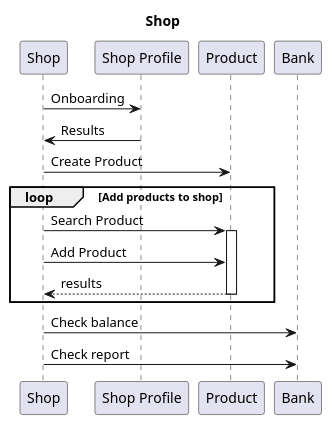
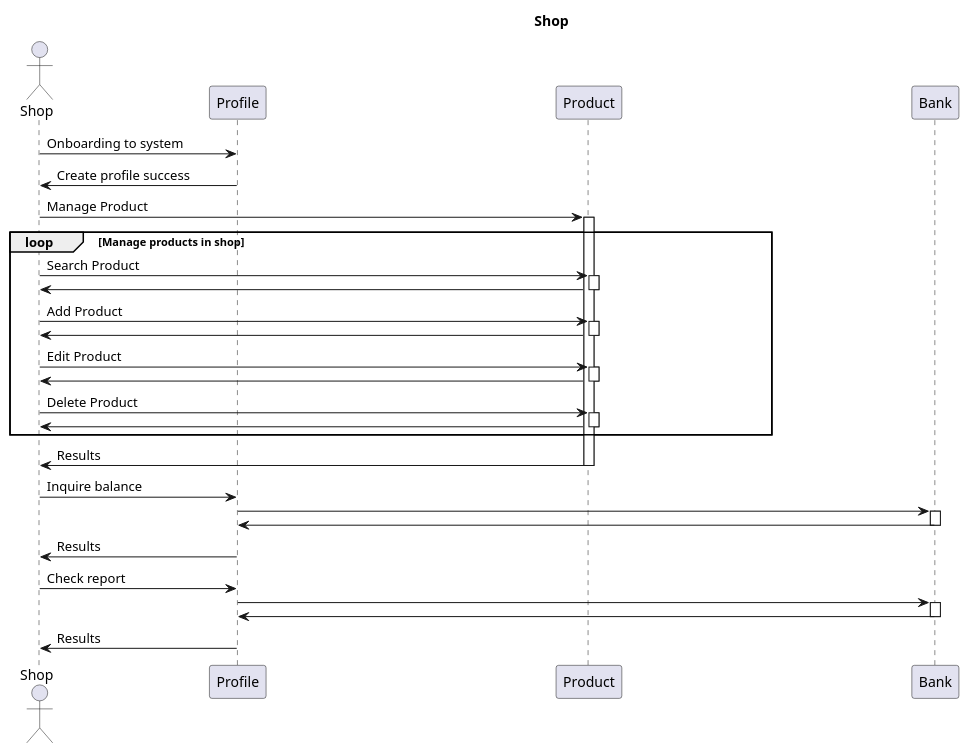
One commit to pradist/social-marketplace changed the diagram in Shop.wsd. Above: the diagram before and after it, drawn with PlantUML. The commit also changed 6 other files, not shown here.

```diff
--- a/Shop.wsd
+++ b/Shop.wsd
@@ -1,24 +1,49 @@
 @startuml
     title Shop
-    participant "Shop" as shop
-    participant "Shop Profile" as r
+    skinparam participantPadding 140
+    actor "Shop" as shop
+    participant "Profile" as r
     participant "Product" as p
     participant "Bank" as b
     
-    shop->r: Onboarding
-    r->shop: Results
-
+    shop->r: Onboarding to system
+    r->shop: Create profile success
     
-    shop->p: Create Product
-
-    loop Add products to shop
+    shop->p: Manage Product
+    activate p
+    loop Manage products in shop
             shop->p: Search Product
         activate p
+            p->shop: 
+        deactivate p
             shop->p: Add Product
-            p-->shop: results
+        activate p
+            p->shop: 
+        deactivate p
+            shop->p: Edit Product
+        activate p
+            p->shop: 
+        deactivate p
+            shop->p: Delete Product
+        activate p
+            p->shop: 
         deactivate p
     end
+
+    p->shop: Results
+    deactivate p
+
+    shop->r: Inquire balance
+    r->b:
+    activate b
+    b->r:
+    deactivate b
+    r->shop: Results
     
-    shop->b: Check balance
-    shop->b: Check report
+    shop->r: Check report
+    r->b:
+    activate b
+    b->r:
+    deactivate b
+    r->shop: Results
 @enduml
```
